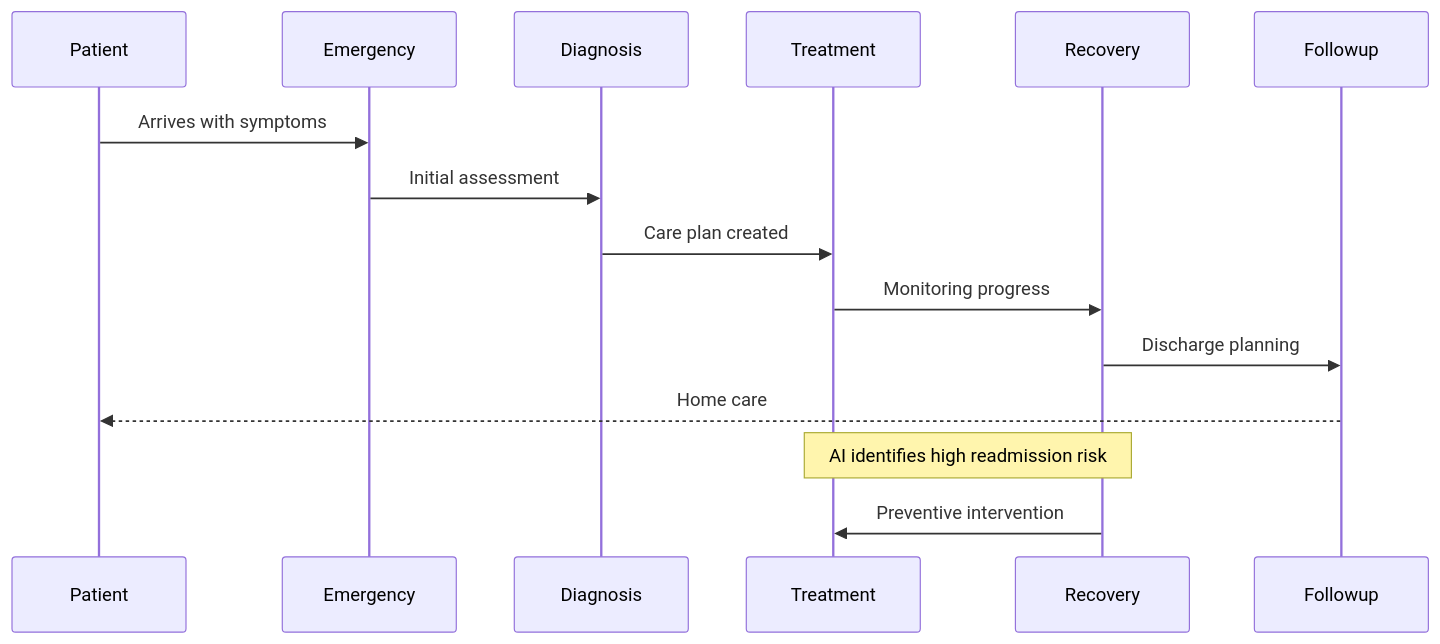
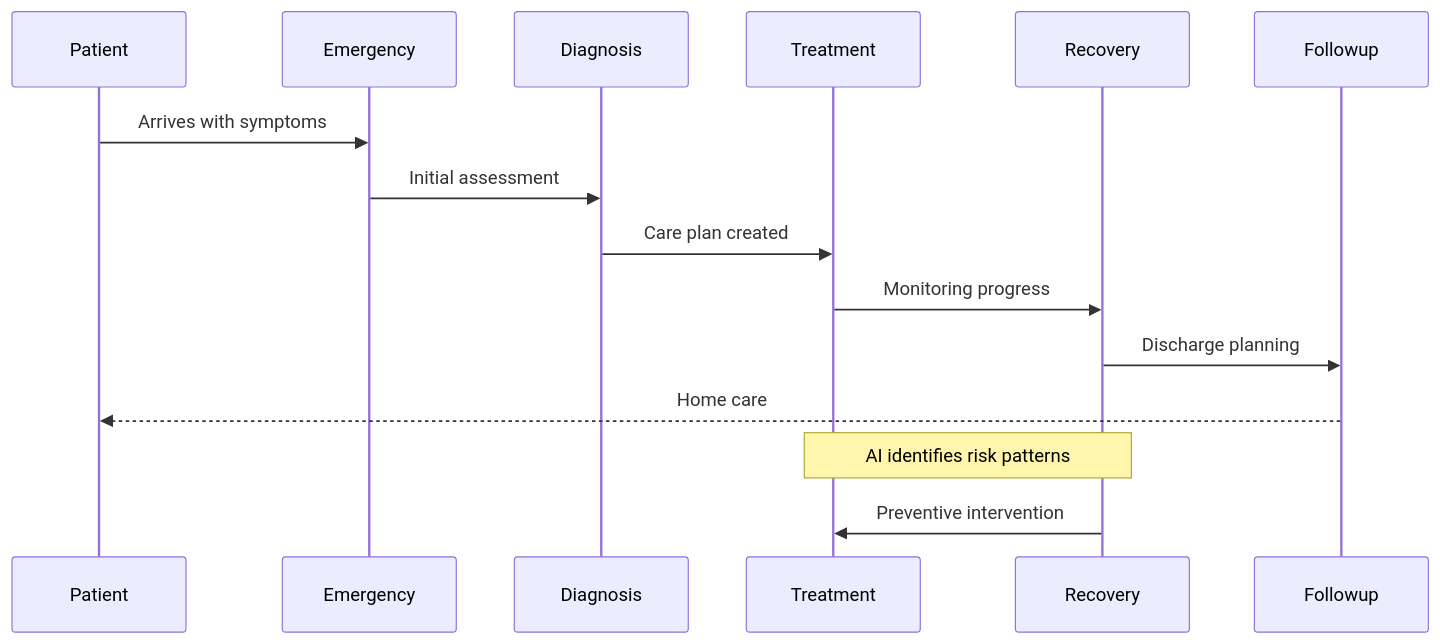
One commit to TheCowboyAI/alchemist changed the ninth of 10 diagrams in doc/publish/business/03-use-cases.md. Above: the diagram before and after it, drawn with Mermaid. The commit also changed other lines of this file and 4 other files, not shown here.

````diff
--- a/doc/publish/business/03-use-cases.md
+++ b/doc/publish/business/03-use-cases.md
@@ -172,19 +388,19 @@
 ```mermaid
 sequenceDiagram
     participant Patient
     participant Emergency
     participant Diagnosis
     participant Treatment
     participant Recovery
     participant Followup
 
     Patient->>Emergency: Arrives with symptoms
     Emergency->>Diagnosis: Initial assessment
     Diagnosis->>Treatment: Care plan created
     Treatment->>Recovery: Monitoring progress
     Recovery->>Followup: Discharge planning
     Followup-->>Patient: Home care
 
-    Note over Treatment,Recovery: AI identifies high readmission risk
+    Note over Treatment,Recovery: AI identifies risk patterns
     Recovery->>Treatment: Preventive intervention
 ```
````
